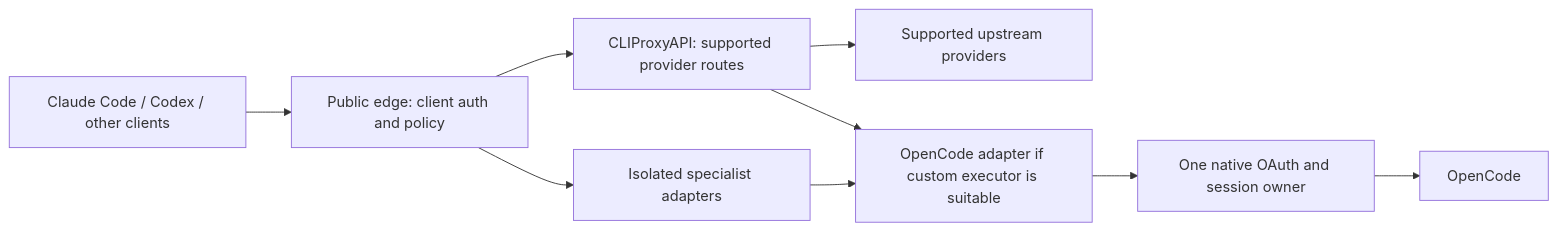
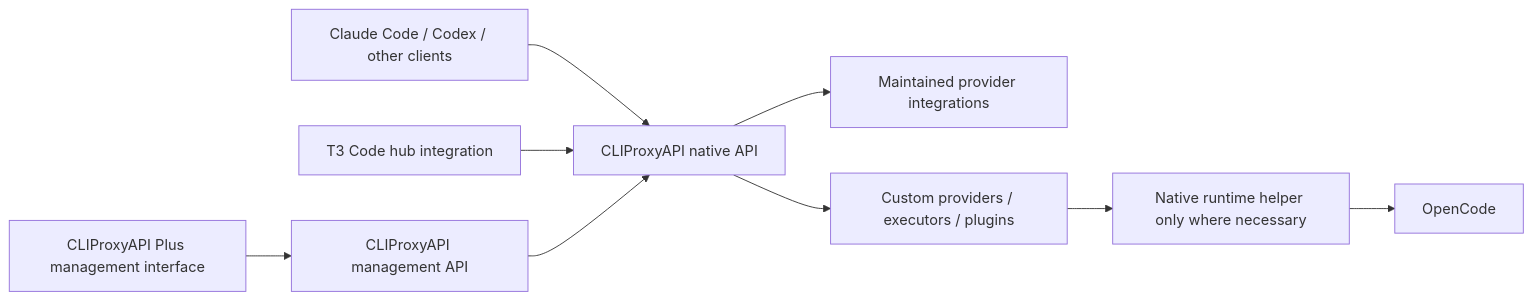
The diagram in docs/design/gateway-product-scope-refactor.md (anschmieg/tokligence-gateway), drawn with Mermaid before and after one commit. The commit also changed other lines of this file, not shown here.

Commit message:
docs: prioritize CLIProxyAPI native APIs plugins and Plus management

````diff
--- a/docs/design/gateway-product-scope-refactor.md
+++ b/docs/design/gateway-product-scope-refactor.md
@@ -16,11 +16,11 @@
 ```mermaid
 flowchart LR
-    C[Claude Code / Codex / other clients] --> E[Public edge: client auth and policy]
-    E --> Q[CLIProxyAPI: supported provider routes]
-    E --> S[Isolated specialist adapters]
-    Q --> P[Supported upstream providers]
-    Q --> O[OpenCode adapter if custom executor is suitable]
-    S --> O
-    O --> N[One native OAuth and session owner]
+    C[Claude Code / Codex / other clients] --> Q[CLIProxyAPI native API]
+    T[T3 Code hub integration] --> Q
+    M[CLIProxyAPI Plus management interface] --> A[CLIProxyAPI management API]
+    A --> Q
+    Q --> P[Maintained provider integrations]
+    Q --> X[Custom providers / executors / plugins]
+    X --> N[Native runtime helper only where necessary]
     N --> Z[OpenCode]
 ```
````
